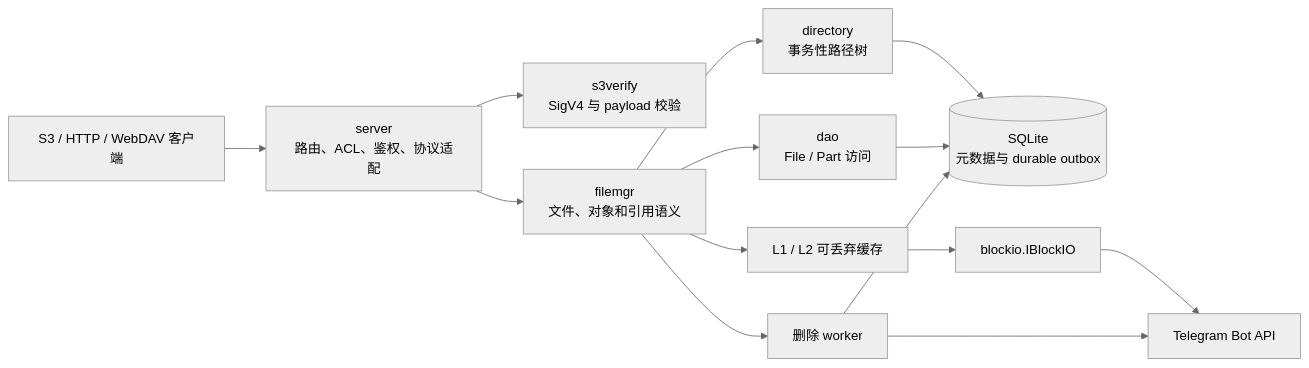
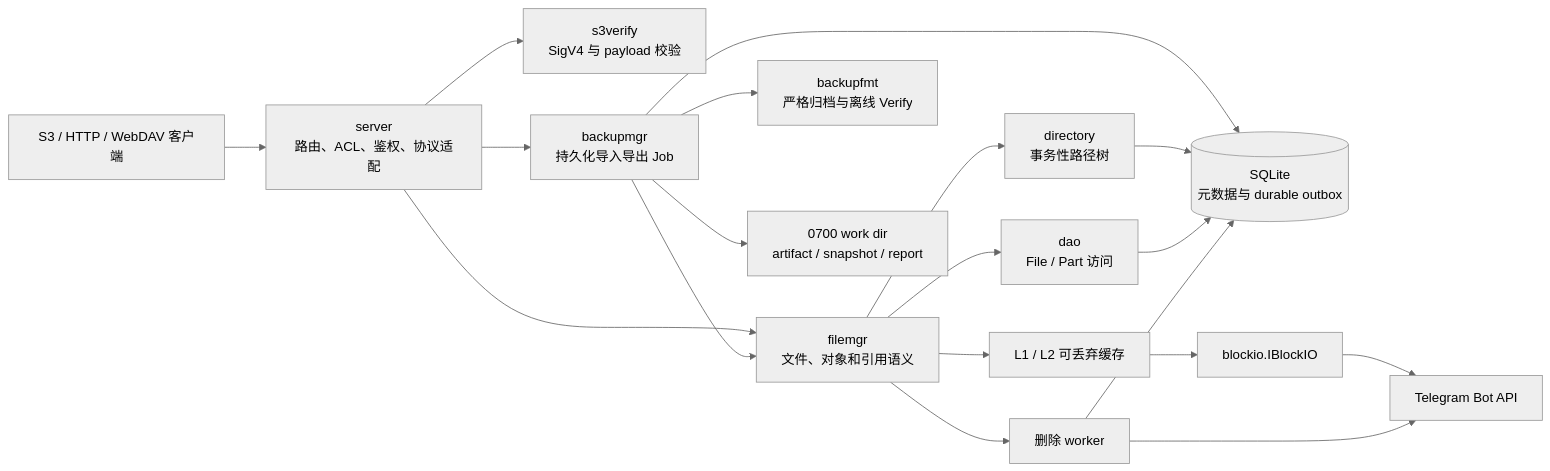
The diagram in docs/01-architecture.md (xxxsen/tgfile), drawn with Mermaid (neutral theme) before and after one commit. The commit also changed other lines of this file and 43 other files, not shown here.

````diff
--- a/docs/01-architecture.md
+++ b/docs/01-architecture.md
@@ -28,16 +30,21 @@
 ```mermaid
 flowchart LR
     Client["S3 / HTTP / WebDAV 客户端"] --> Server["server<br/>路由、ACL、鉴权、协议适配"]
     Server --> Verify["s3verify<br/>SigV4 与 payload 校验"]
     Server --> FM["filemgr<br/>文件、对象和引用语义"]
+    Server --> Backup["backupmgr<br/>持久化导入导出 Job"]
+    Backup --> Format["backupfmt<br/>严格归档与离线 Verify"]
+    Backup --> FM
+    Backup --> WorkDir["0700 work dir<br/>artifact / snapshot / report"]
+    Backup --> SQLite
     FM --> Directory["directory<br/>事务性路径树"]
     FM --> DAO["dao<br/>File / Part 访问"]
     Directory --> SQLite[("SQLite<br/>元数据与 durable outbox")]
     DAO --> SQLite
     FM --> Cache["L1 / L2 可丢弃缓存"]
     Cache --> BlockIO["blockio.IBlockIO"]
     BlockIO --> Telegram["Telegram Bot API"]
     FM --> Worker["删除 worker"]
     Worker --> SQLite
     Worker --> Telegram
 ```
````
